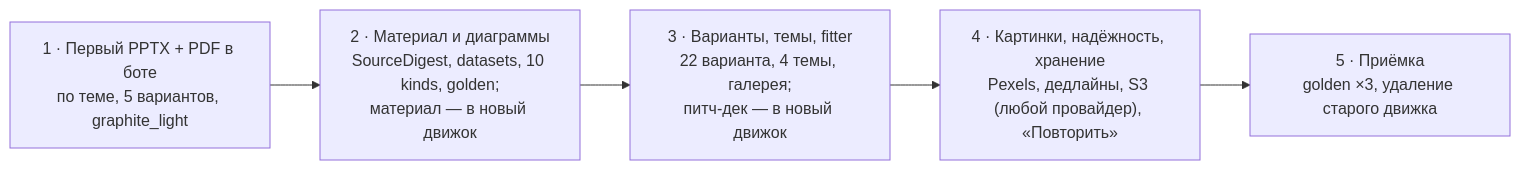
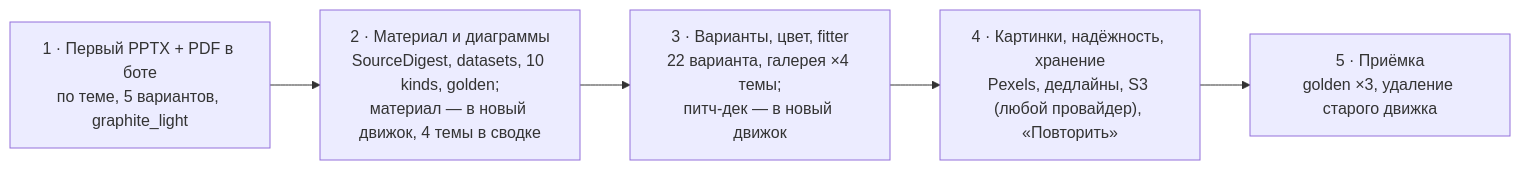
The diagram in docs/design/09_PLAN.md (Alikashp/fibomy2.0.0), drawn with Mermaid before and after one commit. The commit also changed other lines of this file and 6 other files, not shown here.

````diff
--- a/docs/design/09_PLAN.md
+++ b/docs/design/09_PLAN.md
@@ -7,7 +7,7 @@
 ```mermaid
 flowchart LR
-    S1["1 · Первый PPTX + PDF в боте<br/>по теме, 5 вариантов, graphite_light"] --> S2["2 · Материал и диаграммы<br/>SourceDigest, datasets, 10 kinds, golden;<br/>материал — в новый движок"]
-    S2 --> S3["3 · Варианты, темы, fitter<br/>22 варианта, 4 темы, галерея;<br/>питч-дек — в новый движок"]
+    S1["1 · Первый PPTX + PDF в боте<br/>по теме, 5 вариантов, graphite_light"] --> S2["2 · Материал и диаграммы<br/>SourceDigest, datasets, 10 kinds, golden;<br/>материал — в новый движок, 4 темы в сводке"]
+    S2 --> S3["3 · Варианты, цвет, fitter<br/>22 варианта, галерея ×4 темы;<br/>питч-дек — в новый движок"]
     S3 --> S4["4 · Картинки, надёжность, хранение<br/>Pexels, дедлайны, S3 (любой провайдер), «Повторить»"]
     S4 --> S5["5 · Приёмка<br/>golden ×3, удаление старого движка"]
 ```
````
